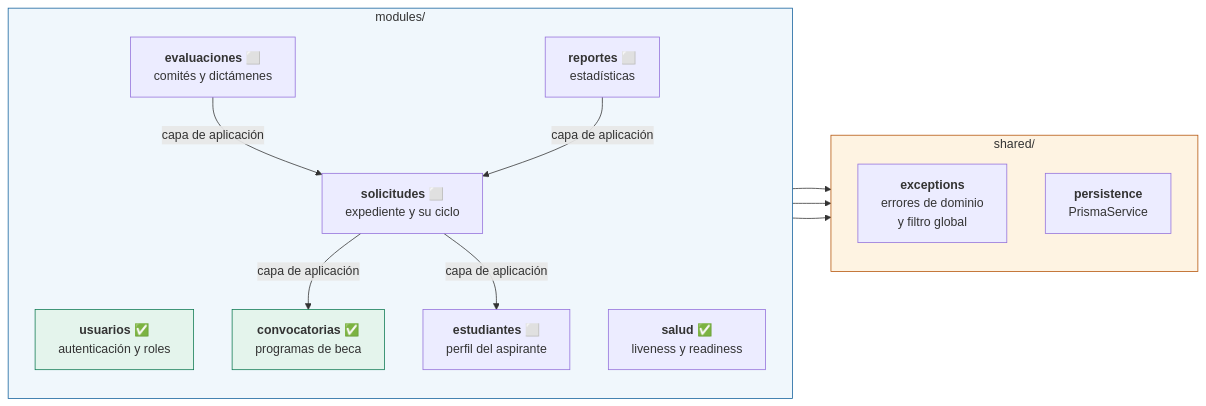
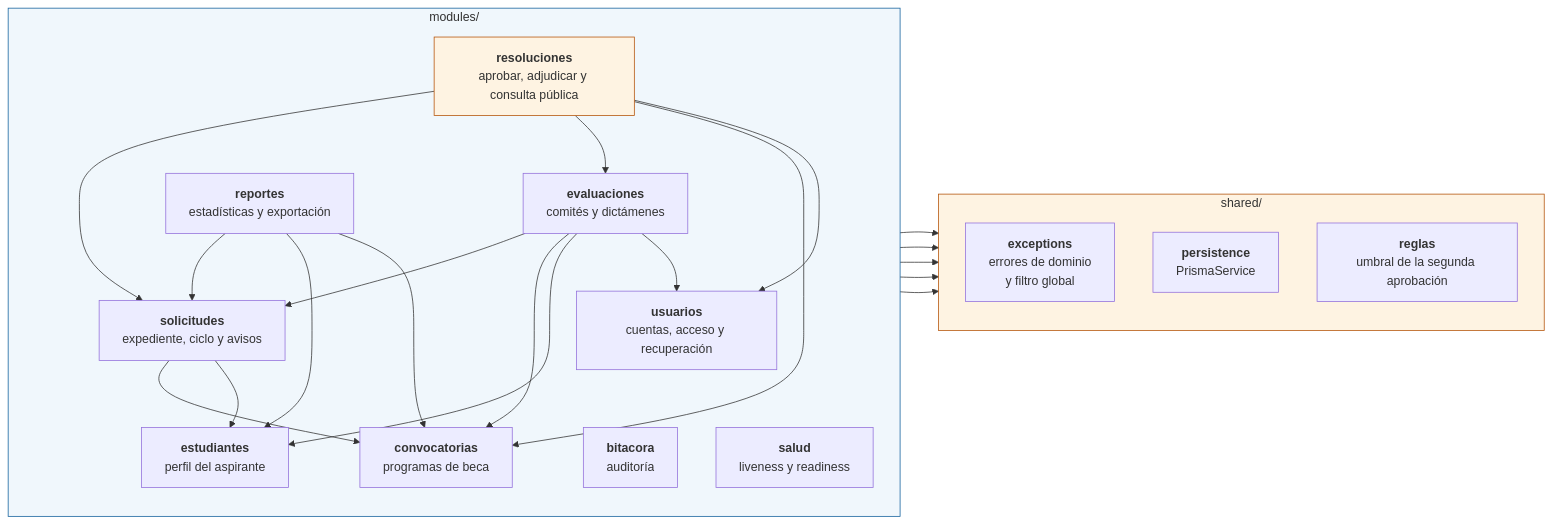
Before and after one commit to Isacasvas123/proyecto-becas: the second of 3 diagrams in docs/diagramas/02-componentes.md, drawn with Mermaid. The commit also changed other lines of this file and 4 other files, not shown here.

Commit message:
docs: actualizar el diagrama de componentes con los nueve modulos, los puertos actuales y el despliegue real

````diff
--- a/docs/diagramas/02-componentes.md
+++ b/docs/diagramas/02-componentes.md
@@ -70,33 +70,46 @@
 ```mermaid
 flowchart LR
     subgraph MODULOS["modules/"]
         direction TB
-        M1["<b>usuarios</b> ✅<br/>autenticación y roles"]
-        M2["<b>convocatorias</b> ✅<br/>programas de beca"]
-        M3["<b>estudiantes</b> ⬜<br/>perfil del aspirante"]
-        M4["<b>solicitudes</b> ⬜<br/>expediente y su ciclo"]
-        M5["<b>evaluaciones</b> ⬜<br/>comités y dictámenes"]
-        M6["<b>reportes</b> ⬜<br/>estadísticas"]
-        M7["<b>salud</b> ✅<br/>liveness y readiness"]
+        M1["<b>usuarios</b><br/>cuentas, acceso y recuperación"]
+        M2["<b>convocatorias</b><br/>programas de beca"]
+        M3["<b>estudiantes</b><br/>perfil del aspirante"]
+        M4["<b>solicitudes</b><br/>expediente, ciclo y avisos"]
+        M5["<b>evaluaciones</b><br/>comités y dictámenes"]
+        M6["<b>resoluciones</b><br/>aprobar, adjudicar y consulta pública"]
+        M7["<b>reportes</b><br/>estadísticas y exportación"]
+        M8["<b>bitacora</b><br/>auditoría"]
+        M9["<b>salud</b><br/>liveness y readiness"]
     end
 
     subgraph COMPARTIDO["shared/"]
         direction TB
         S1["<b>exceptions</b><br/>errores de dominio<br/>y filtro global"]
         S2["<b>persistence</b><br/>PrismaService"]
+        S3["<b>reglas</b><br/>umbral de la segunda aprobación"]
     end
 
-    M4 -->|capa de aplicación| M2
-    M4 -->|capa de aplicación| M3
-    M5 -->|capa de aplicación| M4
-    M6 -->|capa de aplicación| M4
+    M4 --> M2
+    M4 --> M3
+    M5 --> M4
+    M5 --> M2
+    M5 --> M3
+    M5 --> M1
+    M6 --> M4
+    M6 --> M5
+    M6 --> M2
+    M6 --> M1
+    M7 --> M4
+    M7 --> M3
+    M7 --> M2
 
     M1 --> COMPARTIDO
     M2 --> COMPARTIDO
     M4 --> COMPARTIDO
+    M8 --> COMPARTIDO
+    M9 --> COMPARTIDO
 
-    style M1 fill:#e4f4ec,stroke:#0f7a52
-    style M2 fill:#e4f4ec,stroke:#0f7a52
+    style M6 fill:#fef3e2,stroke:#b45309
     style MODULOS fill:#f0f7fc,stroke:#12609c
     style COMPARTIDO fill:#fef3e2,stroke:#b45309
 ```
````
